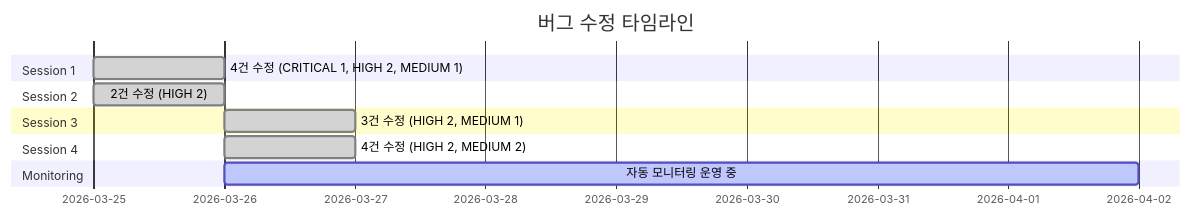
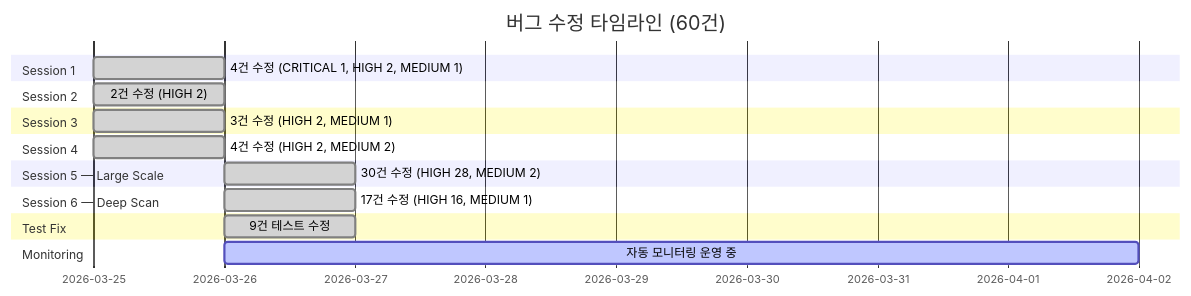
Diagram 23 of 29 in README.md (sun475300-sudo/Swarm-control-in-sc2bot), drawn with Mermaid before and after one commit. The commit also changed other lines of this file and 9 other files, not shown here.

````diff
--- a/README.md
+++ b/README.md
@@ -362,15 +634,21 @@
 ```mermaid
 gantt
-    title 버그 수정 타임라인
+    title 버그 수정 타임라인 (60건)
     dateFormat YYYY-MM-DD
     section Session 1
         4건 수정 (CRITICAL 1, HIGH 2, MEDIUM 1)   :done, s1, 2026-03-25, 1d
     section Session 2
         2건 수정 (HIGH 2)                          :done, s2, 2026-03-25, 1d
     section Session 3
-        3건 수정 (HIGH 2, MEDIUM 1)                :done, s3, 2026-03-26, 1d
+        3건 수정 (HIGH 2, MEDIUM 1)                :done, s3, 2026-03-25, 1d
     section Session 4
-        4건 수정 (HIGH 2, MEDIUM 2)                :done, s4, 2026-03-26, 1d
+        4건 수정 (HIGH 2, MEDIUM 2)                :done, s4, 2026-03-25, 1d
+    section Session 5 — Large Scale
+        30건 수정 (HIGH 28, MEDIUM 2)              :done, s5, 2026-03-26, 1d
+    section Session 6 — Deep Scan
+        17건 수정 (HIGH 16, MEDIUM 1)              :done, s6, 2026-03-26, 1d
+    section Test Fix
+        9건 테스트 수정                             :done, s7, 2026-03-26, 1d
     section Monitoring
         자동 모니터링 운영 중                        :active, mon, 2026-03-26, 7d
 ```
````
